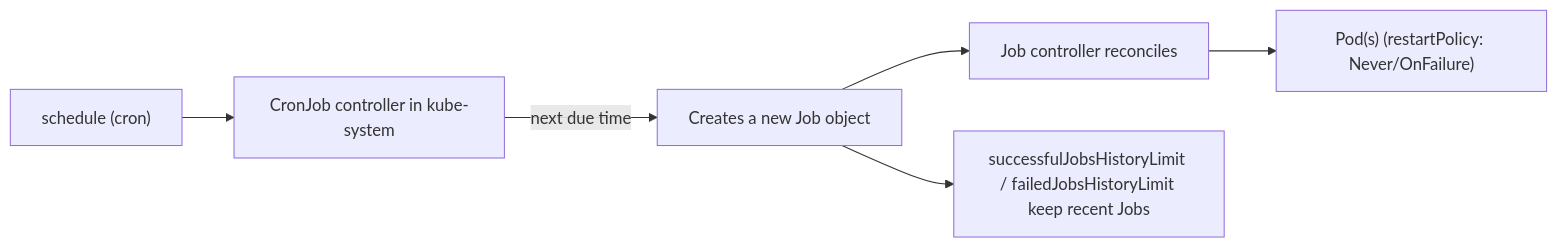
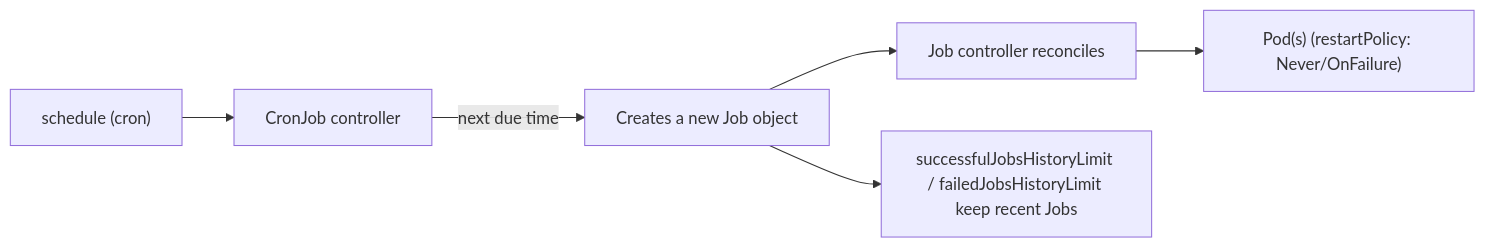
The sixth of 53 diagrams in CKAD_notes.md (karthikreddy432/CKAD), drawn with Mermaid before and after one commit. The commit also changed other lines of this file, not shown here.

````diff
--- a/CKAD_notes.md
+++ b/CKAD_notes.md
@@ -926,8 +926,8 @@
 ```mermaid
 flowchart LR
-    SCH["schedule (cron)"] --> CJ["CronJob controller in kube-system"]
+    SCH["schedule (cron)"] --> CJ["CronJob controller"]
     CJ -->|"next due time"| NEWJ["Creates a new Job object"]
     NEWJ --> J["Job controller reconciles"]
     J --> POD["Pod(s) (restartPolicy: Never/OnFailure)"]
     NEWJ --> HIST["successfulJobsHistoryLimit / failedJobsHistoryLimit keep recent Jobs"]
 ```
````
